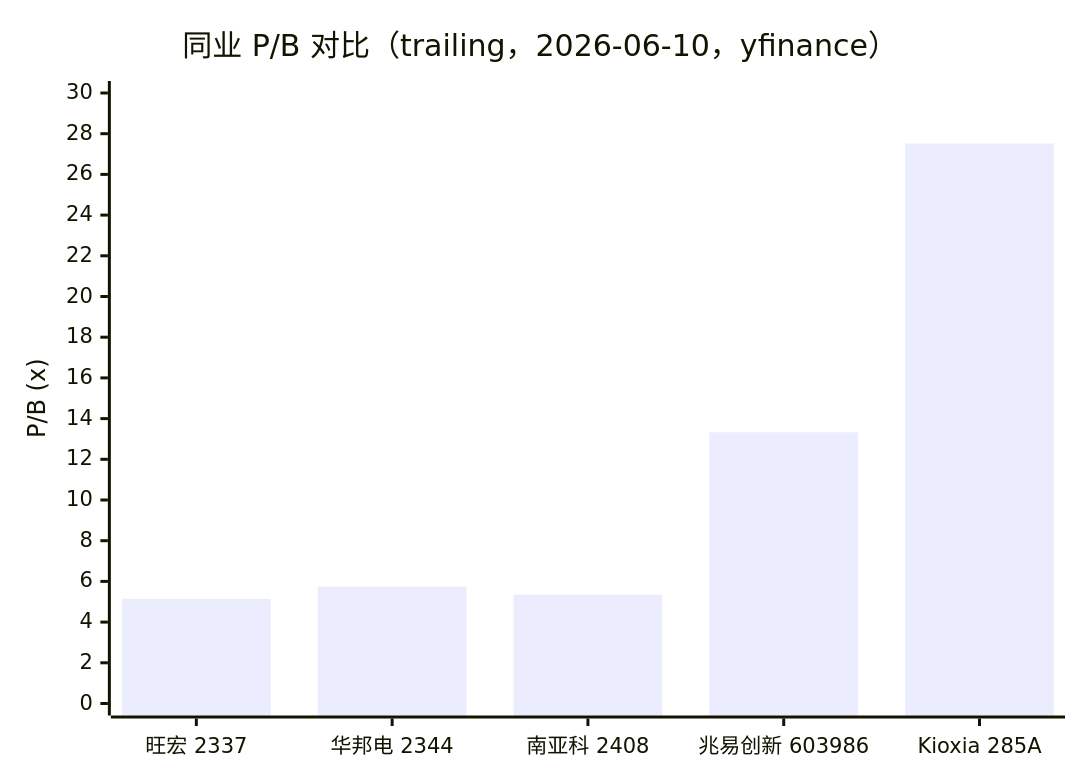
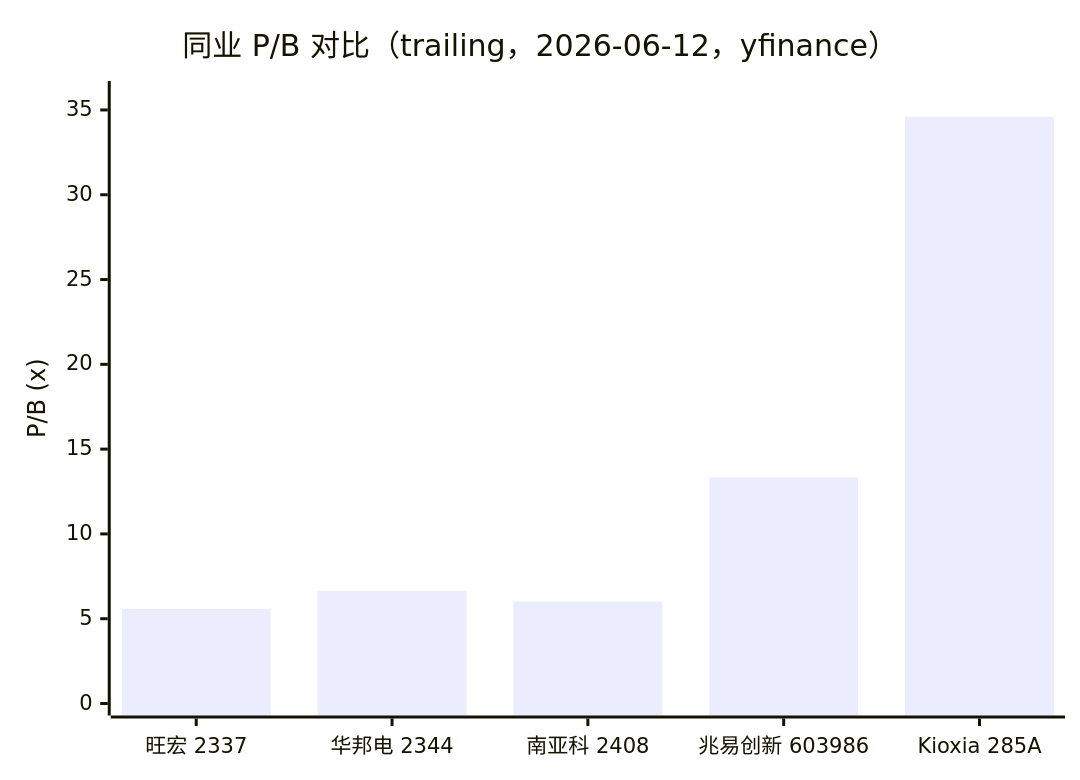
One commit to dadachundan/financial_agent changed the eighth of 8 diagrams in reports/company/Macronix_旺宏_TWSE2337/Macronix_旺宏_TWSE2337_公司研究.md. Above: the diagram before and after it, drawn with Mermaid. The commit also changed other lines of this file and 9 other files, not shown here.

Commit message:
feat(company-research): refresh Macronix (TWSE:2337) — decision layer + full chart suite

````diff
--- a/reports/company/Macronix_旺宏_TWSE2337/Macronix_旺宏_TWSE2337_公司研究.md
+++ b/reports/company/Macronix_旺宏_TWSE2337/Macronix_旺宏_TWSE2337_公司研究.md
@@ -318,7 +851,7 @@
 ```mermaid
 xychart-beta
-    title "同业 P/B 对比（trailing，2026-06-10，yfinance）"
+    title "同业 P/B 对比（trailing，2026-06-12，yfinance）"
     x-axis ["旺宏 2337", "华邦电 2344", "南亚科 2408", "兆易创新 603986", "Kioxia 285A"]
-    y-axis "P/B (x)" 0 --> 30
-    bar [5.14, 5.75, 5.35, 13.33, 27.52]
+    y-axis "P/B (x)" 0 --> 36
+    bar [5.58, 6.64, 6.01, 13.34, 34.60]
 ```
````
